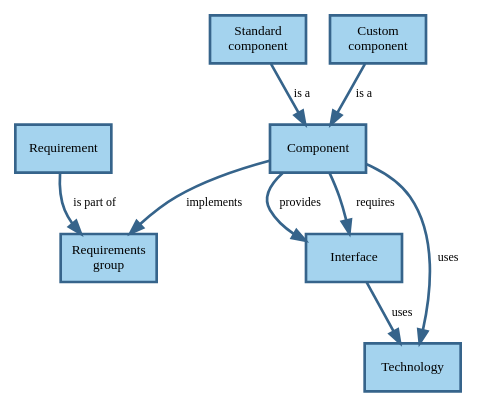
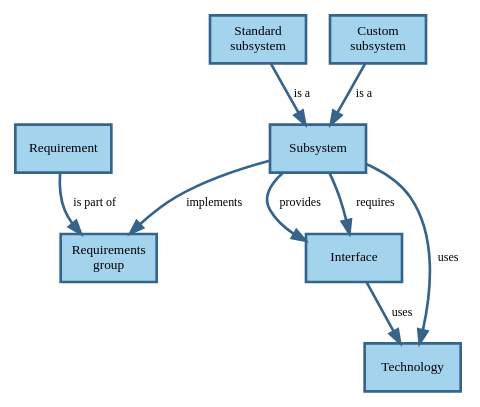
One commit to setms/book changed the first of 2 diagrams in docs/design/analysis.md. Above: the diagram before and after it, drawn with Graphviz. The commit also changed other lines of this file, not shown here.

Commit message:
doc: Component -> subsystem

````diff
--- a/docs/design/analysis.md
+++ b/docs/design/analysis.md
@@ -29,24 +29,24 @@
 ```dot process
 digraph architecting {
   node [shape=rect, style="filled", fixedsize=true, width=1, height=0.5, fillcolor=lightskyblue2,
     color=steelblue4, penwidth=2, fontsize=10];
   edge [fontsize=9, color=steelblue4, penwidth=2];
 
   R [label="Requirement"];
   RG [label="Requirements\ngroup"];
-  C [label="Component"];
-  SC [label="Standard\ncomponent"];
-  CC [label="Custom\ncomponent"];
+  C [label="Subsystem"];
+  SC [label="Standard\nsubsystem"];
+  CC [label="Custom\nsubsystem"];
   I [label="Interface"];
   T [label="Technology"];
 
   R -> RG [label=" is part of"];
   C -> RG [label="implements   "];
   C -> T [label="  uses"];
   I -> T [label=" uses"];
   SC -> C [label="is a"];
   CC -> C [label=" is a"];
   C -> I [label=" provides   "];
   C -> I [label="  requires"];
 }
 ```
````
